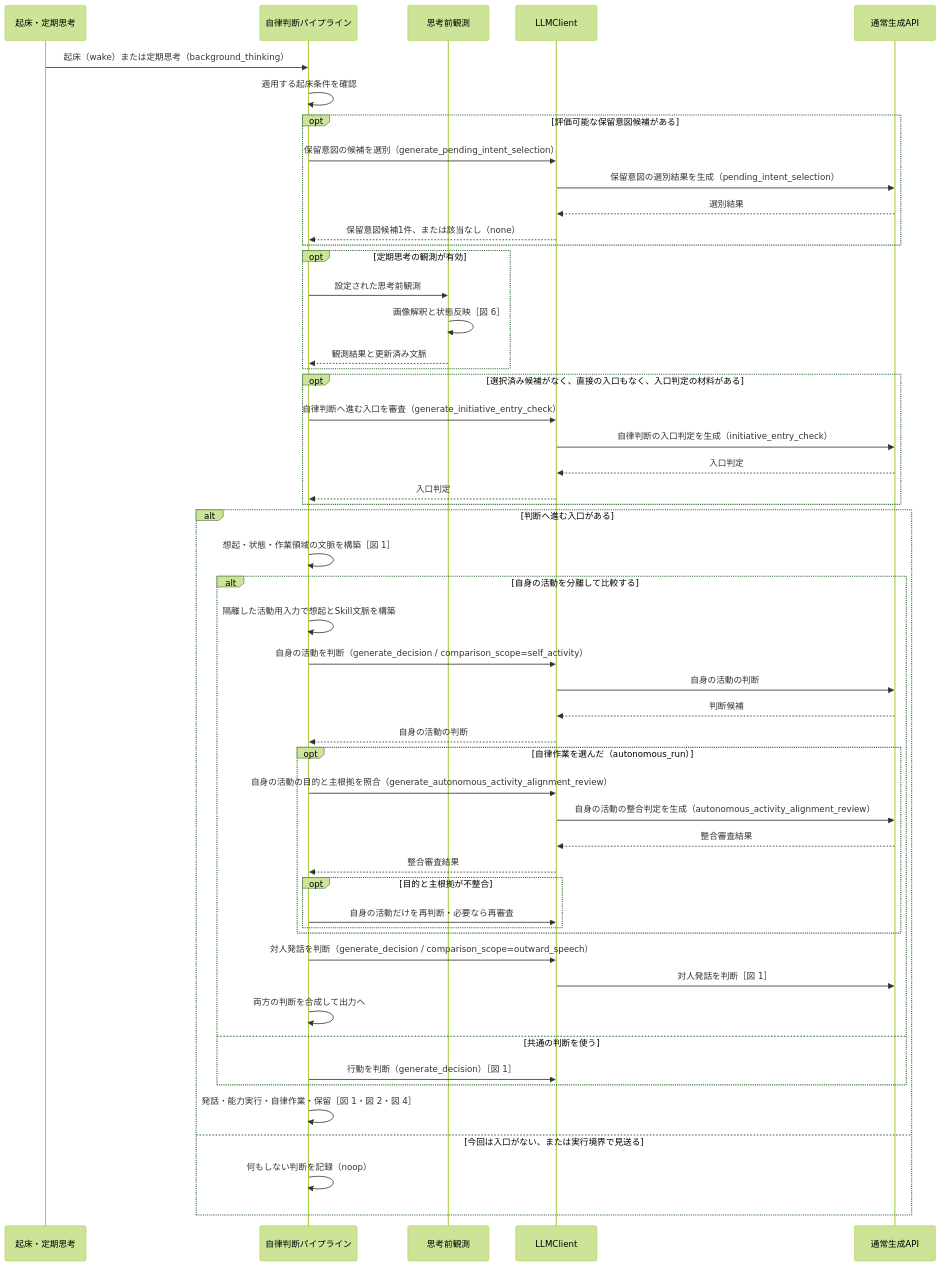
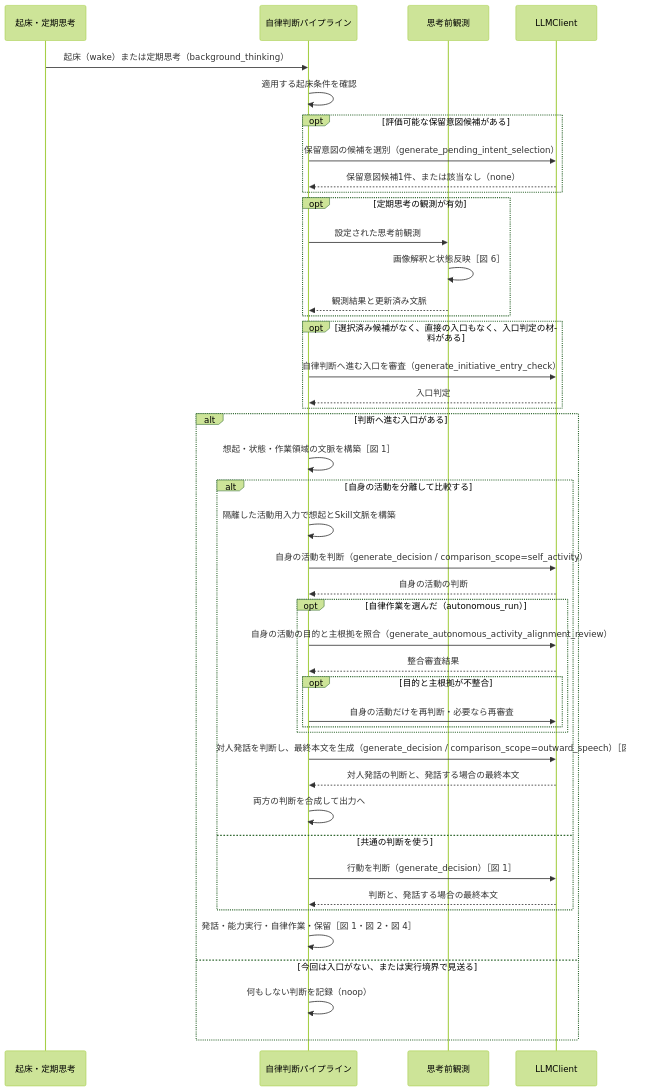
One commit to hirona98/OtomeKairo changed the third of 6 diagrams in docs/design/llm/LLM呼び出しシーケンス.md. Above: the diagram before and after it, drawn with Mermaid (forest theme). The commit also changed other lines of this file, not shown here.

Commit message:
シーケンス図の通常生成APIをLLMClientへ統合

````diff
--- a/docs/design/llm/LLM呼び出しシーケンス.md
+++ b/docs/design/llm/LLM呼び出しシーケンス.md
@@ -216,55 +214,47 @@
 ```mermaid
 sequenceDiagram
     participant W as 起床・定期思考
     participant C as 自律判断パイプライン
     participant O as 思考前観測
     participant L as LLMClient
-    participant G as 通常生成API
 
     W->>C: 起床（wake）または定期思考（background_thinking）
     C->>C: 適用する起床条件を確認
     opt 評価可能な保留意図候補がある
         C->>L: 保留意図の候補を選別（generate_pending_intent_selection）
-        L->>G: 保留意図の選別結果を生成（pending_intent_selection）
-        G-->>L: 選別結果
         L-->>C: 保留意図候補1件、または該当なし（none）
     end
     opt 定期思考の観測が有効
         C->>O: 設定された思考前観測
         O->>O: 画像解釈と状態反映［図 6］
         O-->>C: 観測結果と更新済み文脈
     end
     opt 選択済み候補がなく、直接の入口もなく、入口判定の材料がある
         C->>L: 自律判断へ進む入口を審査（generate_initiative_entry_check）
-        L->>G: 自律判断の入口判定を生成（initiative_entry_check）
-        G-->>L: 入口判定
         L-->>C: 入口判定
     end
     alt 判断へ進む入口がある
         C->>C: 想起・状態・作業領域の文脈を構築［図 1］
         alt 自身の活動を分離して比較する
             C->>C: 隔離した活動用入力で想起とSkill文脈を構築
             C->>L: 自身の活動を判断（generate_decision / comparison_scope=self_activity）
-            L->>G: 自身の活動の判断
-            G-->>L: 判断候補
             L-->>C: 自身の活動の判断
             opt 自律作業を選んだ（autonomous_run）
                 C->>L: 自身の活動の目的と主根拠を照合（generate_autonomous_activity_alignment_review）
-                L->>G: 自身の活動の整合判定を生成（autonomous_activity_alignment_review）
-                G-->>L: 整合審査結果
                 L-->>C: 整合審査結果
                 opt 目的と主根拠が不整合
                     C->>L: 自身の活動だけを再判断・必要なら再審査
                 end
             end
-            C->>L: 対人発話を判断（generate_decision / comparison_scope=outward_speech）
-            L->>G: 対人発話を判断［図 1］
+            C->>L: 対人発話を判断し、最終本文を生成（generate_decision / comparison_scope=outward_speech）［図 1］
+            L-->>C: 対人発話の判断と、発話する場合の最終本文
             C->>C: 両方の判断を合成して出力へ
         else 共通の判断を使う
             C->>L: 行動を判断（generate_decision）［図 1］
+            L-->>C: 判断と、発話する場合の最終本文
         end
         C->>C: 発話・能力実行・自律作業・保留［図 1・図 2・図 4］
     else 今回は入口がない、または実行境界で見送る
         C->>C: 何もしない判断を記録（noop）
     end
 ```
````
